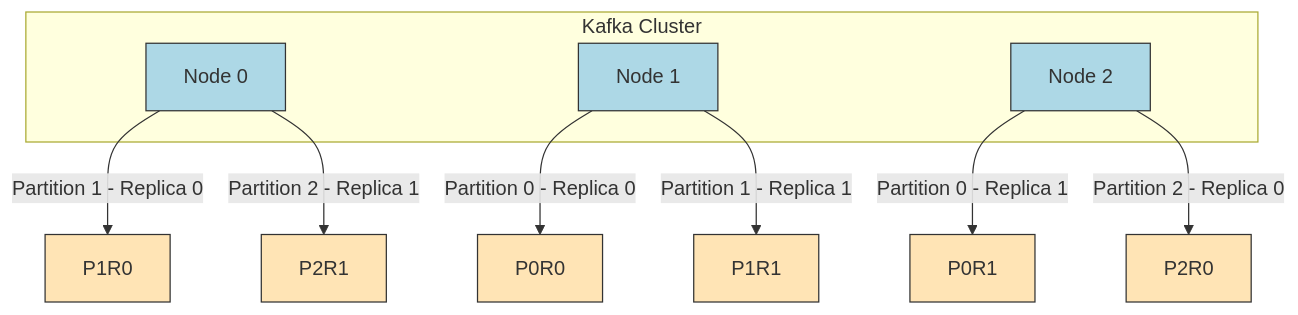
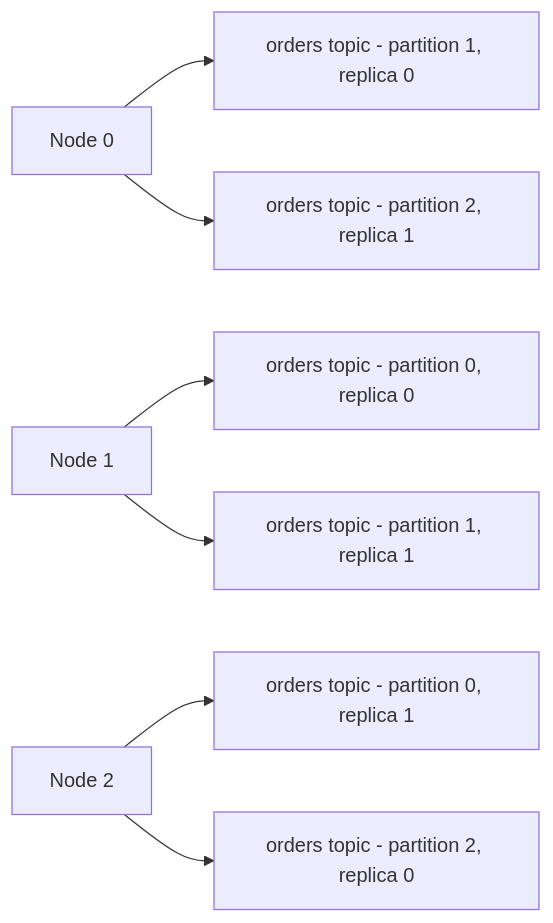
Before and after one commit to alexanderkhivrych/kafka-basics: the tenth of 10 diagrams in README.md, drawn with Mermaid. The commit also changed other lines of this file, not shown here.

````diff
--- a/README.md
+++ b/README.md
@@ -191,18 +191,20 @@
 ```mermaid
-flowchart TD
-    subgraph Kafka Cluster
-        N0[Node 0]:::node
-        N1[Node 1]:::node
-        N2[Node 2]:::node
-    end
-
-    N0 -->|Partition 1 - Replica 0| P1R0:::replica
-    N0 -->|Partition 2 - Replica 1| P2R1:::replica
-    N1 -->|Partition 0 - Replica 0| P0R0:::replica
-    N1 -->|Partition 1 - Replica 1| P1R1:::replica
-    N2 -->|Partition 0 - Replica 1| P0R1:::replica
-    N2 -->|Partition 2 - Replica 0| P2R0:::replica
-
-    classDef node fill:#ADD8E6,stroke:#333;
-    classDef replica fill:#FFE4B5,stroke:#333;
+flowchart LR
+    Node0[Node 0]
+    Node1[Node 1]
+    Node2[Node 2]
+    
+    P1r0[orders topic - partition 1, replica 0]
+    P2r1[orders topic - partition 2, replica 1]
+    P0r0[orders topic - partition 0, replica 0]
+    P1r1[orders topic - partition 1, replica 1]
+    P0r1[orders topic - partition 0, replica 1]
+    P2r0[orders topic - partition 2, replica 0]
+    
+    Node0 --> P1r0
+    Node0 --> P2r1
+    Node1 --> P0r0
+    Node1 --> P1r1
+    Node2 --> P0r1
+    Node2 --> P2r0
 ```
````
